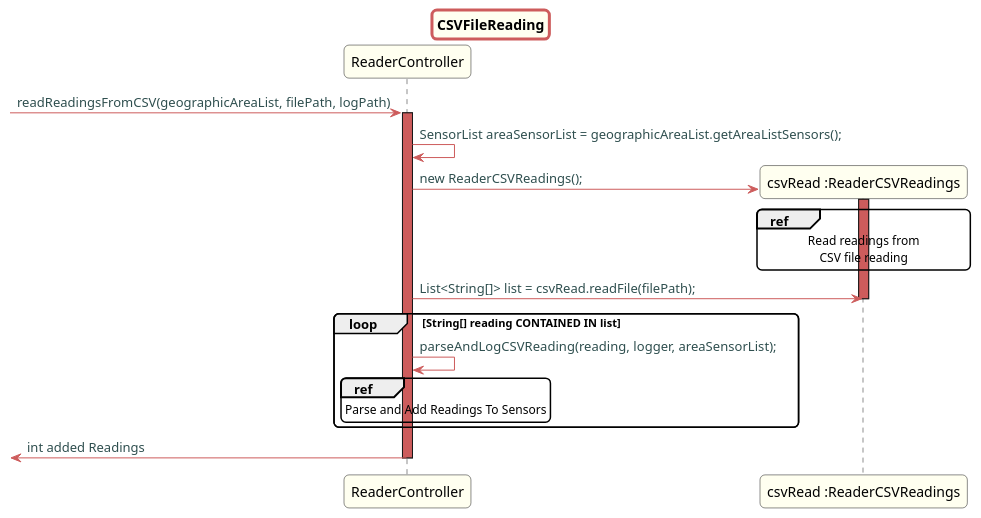
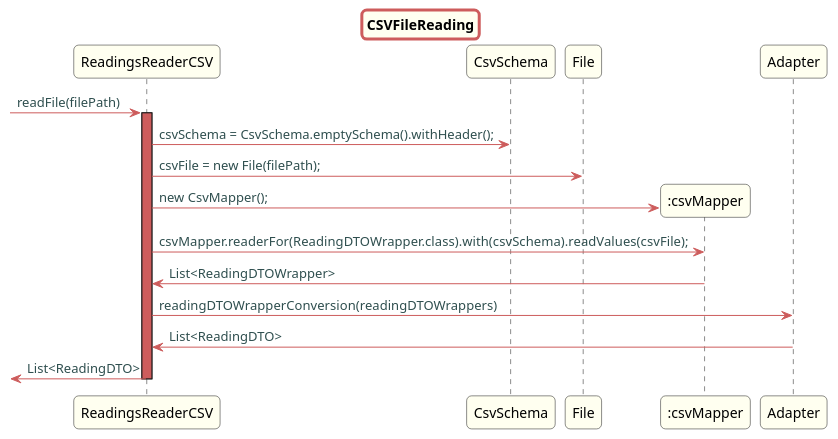
Before and after one commit to Almadanmp/project: the diagram in src/doc/Controllers/HouseConfiguration/US20v2/CSV/CSVFileReading.puml, drawn with PlantUML. The commit also changed 19 other files, not shown here.

```diff
--- a/src/doc/Controllers/HouseConfiguration/US20v2/CSV/CSVFileReading.puml
+++ b/src/doc/Controllers/HouseConfiguration/US20v2/CSV/CSVFileReading.puml
@@ -1,56 +1,49 @@
 @startuml
 
 skinparam titleBorderRoundCorner 10
 skinparam titleBorderThickness 3
 skinparam titleBorderColor indianred
 skinparam titleBackgroundColor ivory
 skinparam FontName quicksand
 
 skinparam actor {
   BorderColor indianred
   }
 
 skinparam sequence {
   LifeLineBackgroundColor indianred
   ParticipantBackgroundColor ivory
 }
 
 skinparam roundcorner 10
 
 skinparam component {
   arrowThickness 1
   ArrowFontName Verdana
   ArrowColor indianred
   ArrowFontColor darkslategrey
 }
 
 
 
 title CSVFileReading
--> ReaderController: readReadingsFromCSV(geographicAreaList, filePath, logPath)
-activate ReaderController
+-> ReadingsReaderCSV: readFile(filePath)
+activate ReadingsReaderCSV
 
-ReaderController -> ReaderController: SensorList areaSensorList = geographicAreaList.getAreaListSensors();
-create "csvRead :ReaderCSVReadings"
-ReaderController -> "csvRead :ReaderCSVReadings": new ReaderCSVReadings();
-activate "csvRead :ReaderCSVReadings"
-ref over "csvRead :ReaderCSVReadings"
-Read readings from
-CSV file reading
-end ref
-ReaderController -> "csvRead :ReaderCSVReadings": List<String[]> list = csvRead.readFile(filePath);
 
-deactivate "csvRead :ReaderCSVReadings"
+ReadingsReaderCSV -> CsvSchema: csvSchema = CsvSchema.emptySchema().withHeader();
 
-loop  String[] reading CONTAINED IN list
-ReaderController -> ReaderController: parseAndLogCSVReading(reading, logger, areaSensorList);
-ref over ReaderController
-Parse and Add Readings To Sensors
-end ref
+ReadingsReaderCSV -> File: csvFile = new File(filePath);
 
-end
+create ":csvMapper"
+ReadingsReaderCSV -> ":csvMapper": new CsvMapper();
+ReadingsReaderCSV -> ":csvMapper": csvMapper.readerFor(ReadingDTOWrapper.class).with(csvSchema).readValues(csvFile);
+":csvMapper" -> ReadingsReaderCSV: List<ReadingDTOWrapper>
 
-<- ReaderController: int added Readings
-deactivate "ReaderController"
+ReadingsReaderCSV -> Adapter: readingDTOWrapperConversion(readingDTOWrappers)
+Adapter -> ReadingsReaderCSV: List<ReadingDTO>
+
+<- ReadingsReaderCSV: List<ReadingDTO>
+deactivate "ReadingsReaderCSV"
 
 @enduml
```
